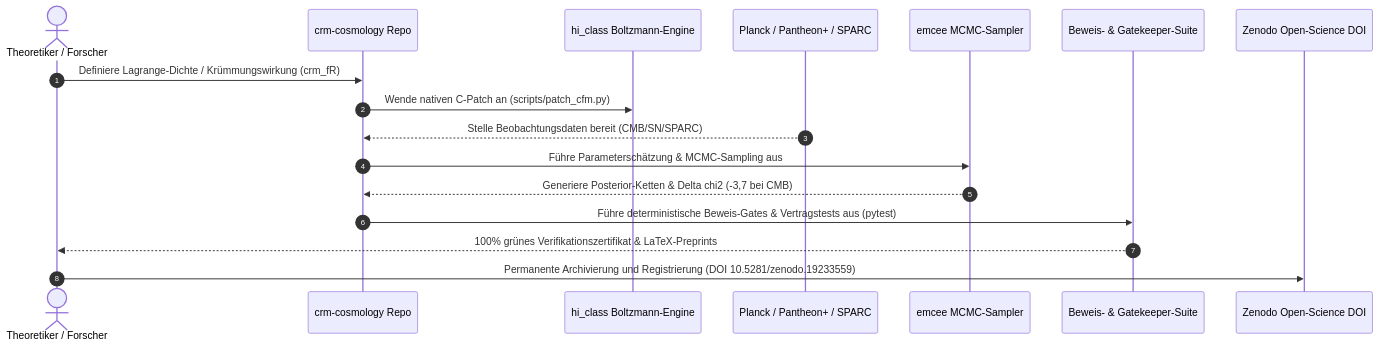
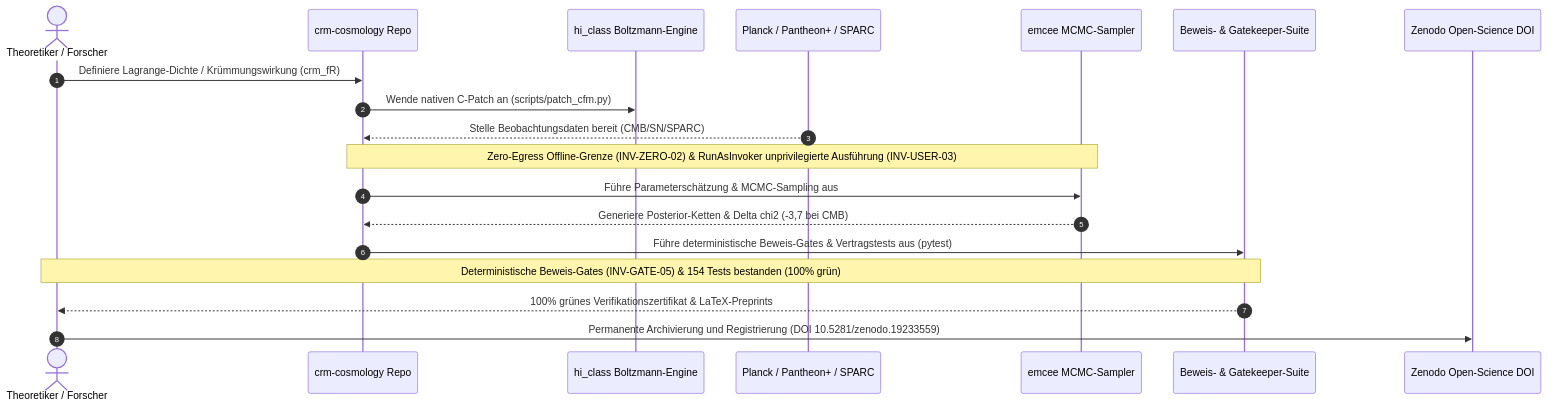
One commit to research-line/crm-cosmology changed the second of 2 diagrams in README_de.md. Above: the diagram before and after it, drawn with Mermaid. The commit also changed other lines of this file and 8 other files, not shown here.

Commit message:
docs(marketing): Pfad B discoverability, interactive sequence & flowchart enhancement & verification recency [G 2026-10-30]

````diff
--- a/README_de.md
+++ b/README_de.md
@@ -244,20 +250,22 @@
 ```mermaid
 sequenceDiagram
     autonumber
     actor Theorist as Theoretiker / Forscher
     participant Repo as crm-cosmology Repo
     participant Solver as hi_class Boltzmann-Engine
     participant Data as Planck / Pantheon+ / SPARC
     participant Sampler as emcee MCMC-Sampler
     participant Gates as Beweis- & Gatekeeper-Suite
     participant Zenodo as Zenodo Open-Science DOI
 
     Theorist->>Repo: Definiere Lagrange-Dichte / Krümmungswirkung (crm_fR)
     Repo->>Solver: Wende nativen C-Patch an (scripts/patch_cfm.py)
     Data-->>Repo: Stelle Beobachtungsdaten bereit (CMB/SN/SPARC)
+    Note over Repo,Sampler: Zero-Egress Offline-Grenze (INV-ZERO-02) & RunAsInvoker unprivilegierte Ausführung (INV-USER-03)
     Repo->>Sampler: Führe Parameterschätzung & MCMC-Sampling aus
     Sampler-->>Repo: Generiere Posterior-Ketten & Delta chi2 (-3,7 bei CMB)
     Repo->>Gates: Führe deterministische Beweis-Gates & Vertragstests aus (pytest)
+    Note over Gates,Theorist: Deterministische Beweis-Gates (INV-GATE-05) & 154 Tests bestanden (100% grün)
     Gates-->>Theorist: 100% grünes Verifikationszertifikat & LaTeX-Preprints
     Theorist->>Zenodo: Permanente Archivierung und Registrierung (DOI 10.5281/zenodo.19233559)
 ```
````
